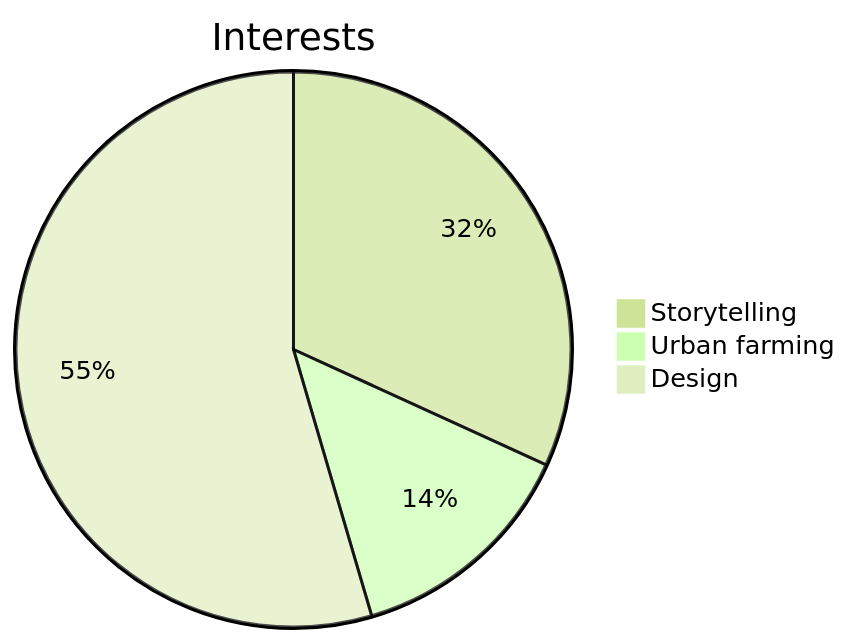
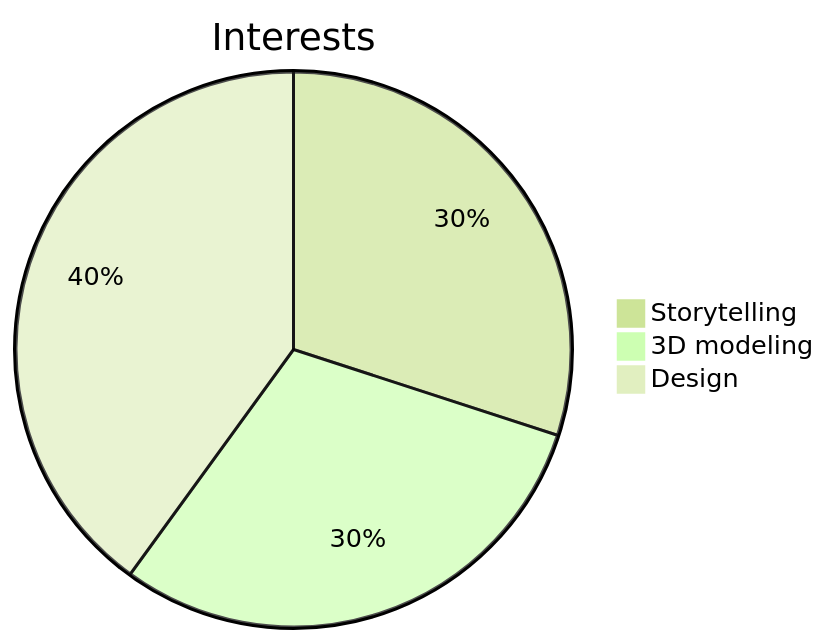
The diagram in README.md (melanielaporte/melanielaporte), drawn with Mermaid (forest theme) before and after one commit. The commit also changed other lines of this file, not shown here.

````diff
--- a/README.md
+++ b/README.md
@@ -37,7 +38,7 @@
 ```mermaid
 pie
     title Interests
-    "Storytelling" : 35
-    "Urban farming" : 15
-    "Design" : 60 
+    "Storytelling" : 30
+    "3D modeling" : 30
+    "Design" : 40
 ```
````
